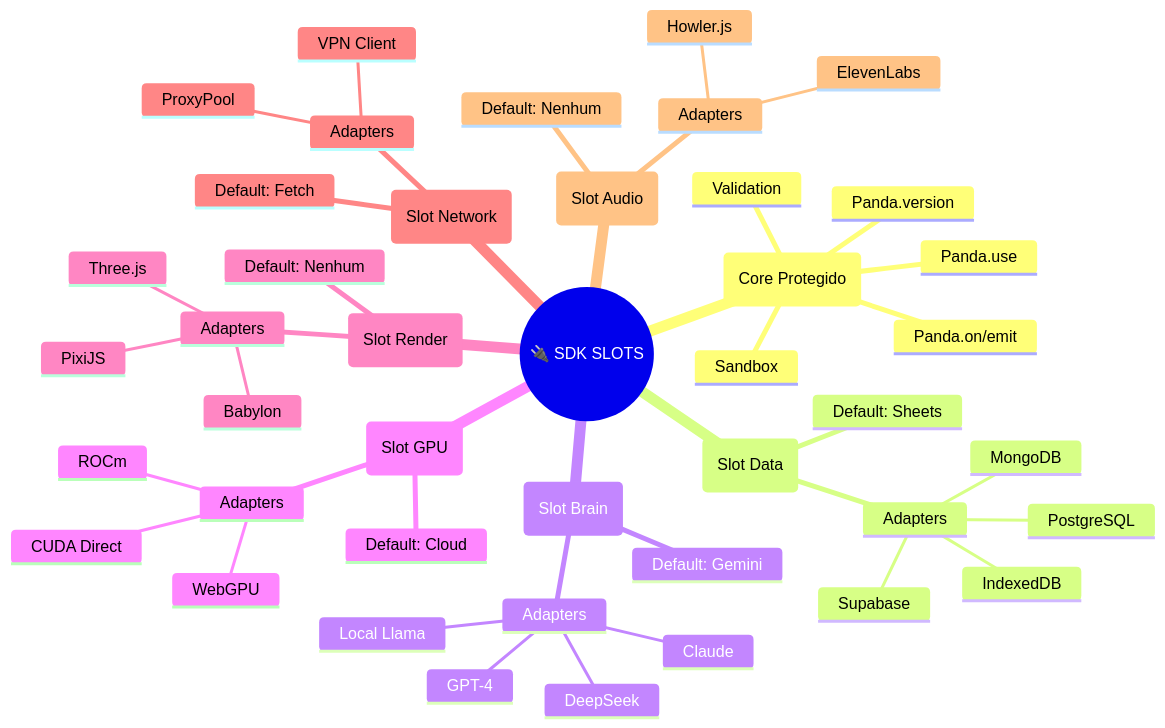
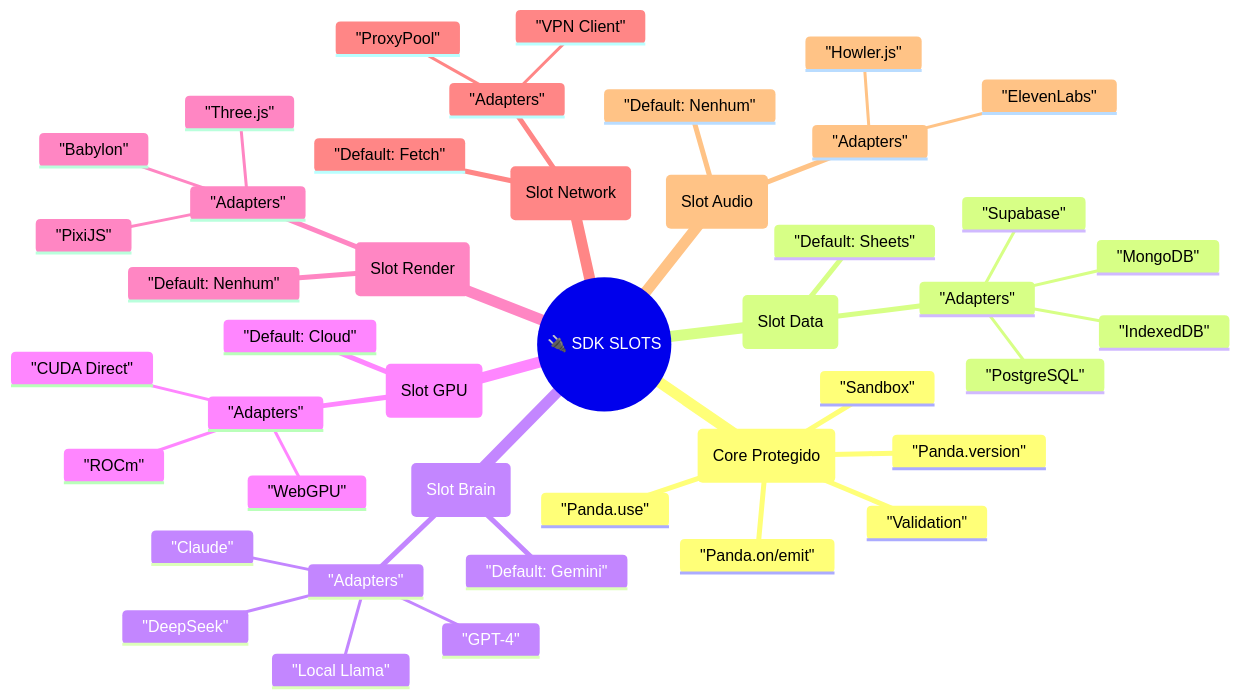
Before and after one commit to LucassVal/Panda-Factory: the fifth of 9 diagrams in docs/PF_MIND_MAPS.md, drawn with Mermaid. The commit also changed other lines of this file and 609 other files, not shown here.

Commit message:
fix(docs): Rewrite all Mermaid Mind Maps with strict quoting syntax

````diff
--- a/docs/PF_MIND_MAPS.md
+++ b/docs/PF_MIND_MAPS.md
@@ -177,46 +177,46 @@
 ```mermaid
 mindmap
-  root((🔌 SDK SLOTS))
-    (Core Protegido)
-      Panda.use
-      Panda.on/emit
-      Panda.version
-      Sandbox
-      Validation
-    (Slot Data)
-      Default: Sheets
-      Adapters
-        MongoDB
-        PostgreSQL
-        Supabase
-        IndexedDB
-    (Slot Brain)
-      Default: Gemini
-      Adapters
-        Claude
-        GPT-4
-        Local Llama
-        DeepSeek
-    (Slot GPU)
-      Default: Cloud
-      Adapters
-        CUDA Direct
-        ROCm
-        WebGPU
-    (Slot Render)
-      Default: Nenhum
-      Adapters
-        Three.js
-        Babylon
-        PixiJS
-    (Slot Network)
-      Default: Fetch
-      Adapters
-        ProxyPool
-        VPN Client
-    (Slot Audio)
-      Default: Nenhum
-      Adapters
-        Howler.js
-        ElevenLabs
+  root(("🔌 SDK SLOTS"))
+    ("Core Protegido")
+      "Panda.use"
+      "Panda.on/emit"
+      "Panda.version"
+      "Sandbox"
+      "Validation"
+    ("Slot Data")
+      "Default: Sheets"
+      "Adapters"
+        "MongoDB"
+        "PostgreSQL"
+        "Supabase"
+        "IndexedDB"
+    ("Slot Brain")
+      "Default: Gemini"
+      "Adapters"
+        "Claude"
+        "GPT-4"
+        "Local Llama"
+        "DeepSeek"
+    ("Slot GPU")
+      "Default: Cloud"
+      "Adapters"
+        "CUDA Direct"
+        "ROCm"
+        "WebGPU"
+    ("Slot Render")
+      "Default: Nenhum"
+      "Adapters"
+        "Three.js"
+        "Babylon"
+        "PixiJS"
+    ("Slot Network")
+      "Default: Fetch"
+      "Adapters"
+        "ProxyPool"
+        "VPN Client"
+    ("Slot Audio")
+      "Default: Nenhum"
+      "Adapters"
+        "Howler.js"
+        "ElevenLabs"
 ```
````
